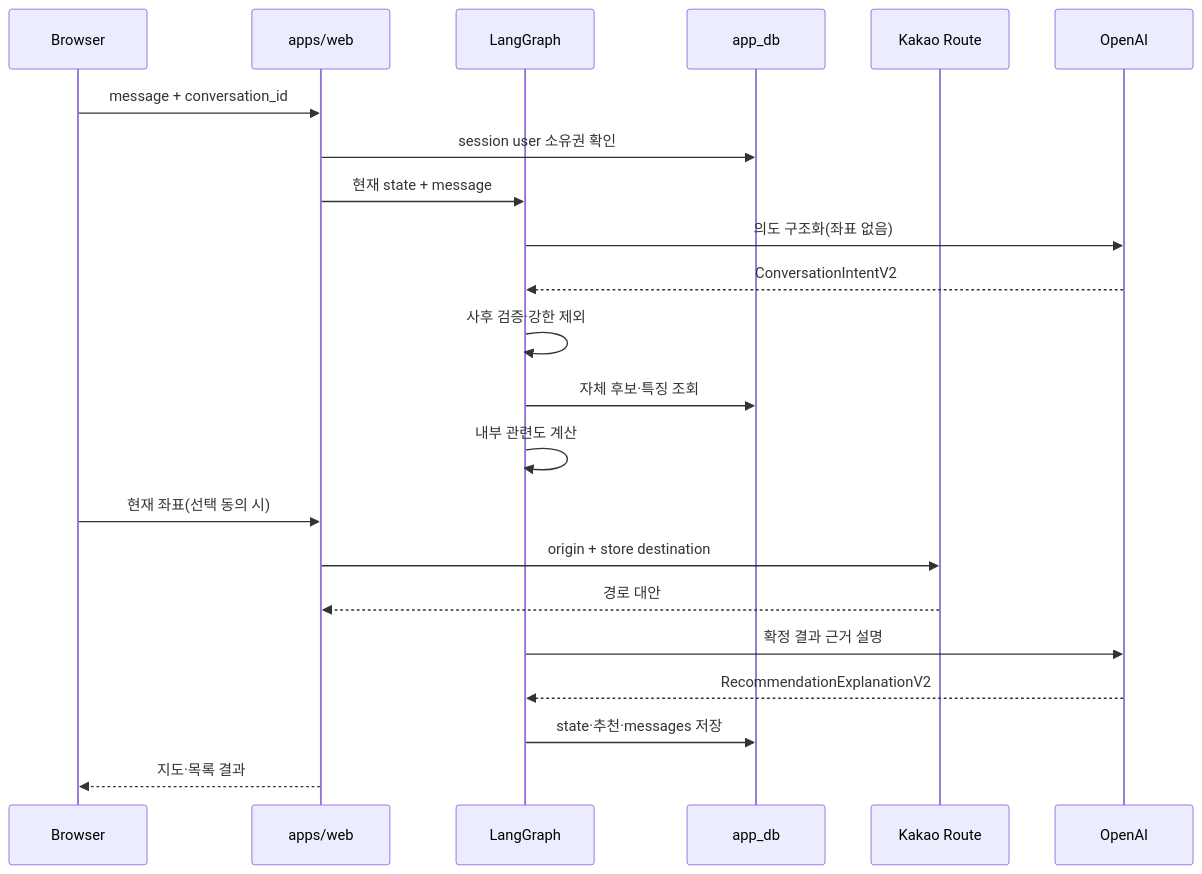
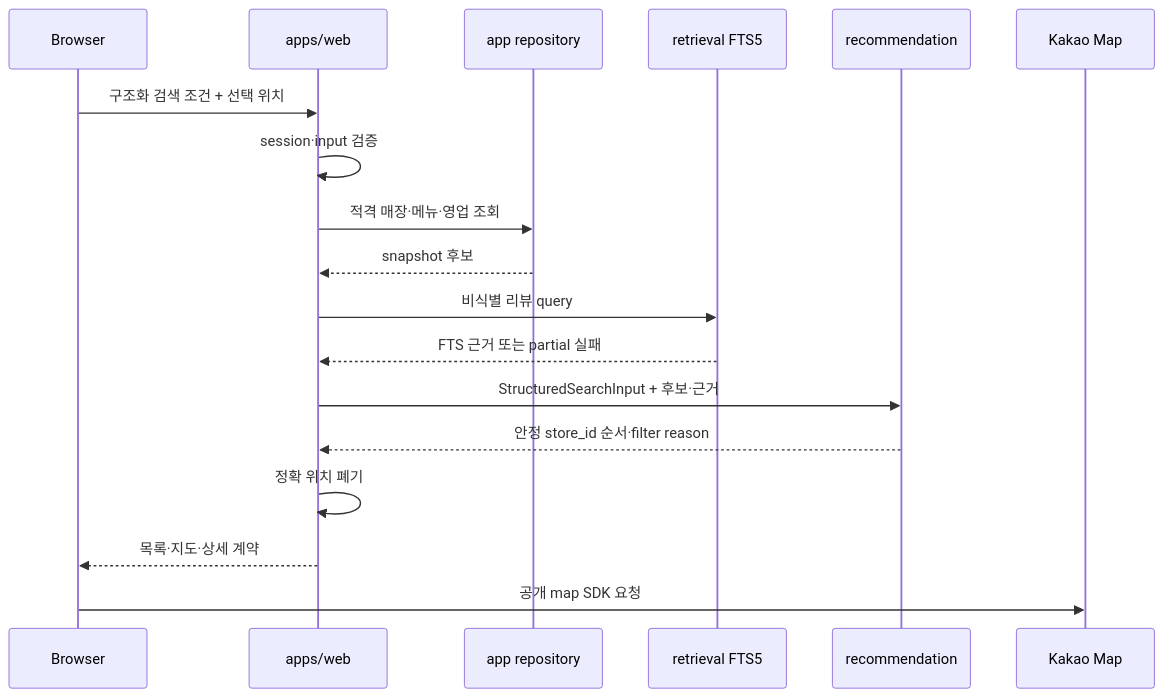
The third of 3 diagrams in docs/04-architecture/system-architecture.md (minhyeok328/Bread_map), drawn with Mermaid before and after one commit. The commit also changed other lines of this file and 1 other file, not shown here.

Commit message:
docs(architecture): align local SQLite boundaries

````diff
--- a/docs/04-architecture/system-architecture.md
+++ b/docs/04-architecture/system-architecture.md
@@ -225,25 +138,21 @@
 ```mermaid
 sequenceDiagram
     participant B as Browser
     participant W as apps/web
-    participant G as LangGraph
-    participant D as app_db
-    participant K as Kakao Route
-    participant O as OpenAI
+    participant A as app repository
+    participant F as retrieval FTS5
+    participant R as recommendation
+    participant M as Kakao Map
 
-    B->>W: message + conversation_id
-    W->>D: session user 소유권 확인
-    W->>G: 현재 state + message
-    G->>O: 의도 구조화(좌표 없음)
-    O-->>G: ConversationIntentV2
-    G->>G: 사후 검증·강한 제외
-    G->>D: 자체 후보·특징 조회
-    G->>G: 내부 관련도 계산
-    B->>W: 현재 좌표(선택 동의 시)
-    W->>K: origin + store destination
-    K-->>W: 경로 대안
-    G->>O: 확정 결과 근거 설명
-    O-->>G: RecommendationExplanationV2
-    G->>D: state·추천·messages 저장
-    W-->>B: 지도·목록 결과
+    B->>W: 구조화 검색 조건 + 선택 위치
+    W->>W: session·input 검증
+    W->>A: 적격 매장·메뉴·영업 조회
+    A-->>W: snapshot 후보
+    W->>F: 비식별 리뷰 query
+    F-->>W: FTS 근거 또는 partial 실패
+    W->>R: StructuredSearchInput + 후보·근거
+    R-->>W: 안정 store_id 순서·filter reason
+    W->>W: 정확 위치 폐기
+    W-->>B: 목록·지도·상세 계약
+    B->>M: 공개 map SDK 요청
 ```
````
